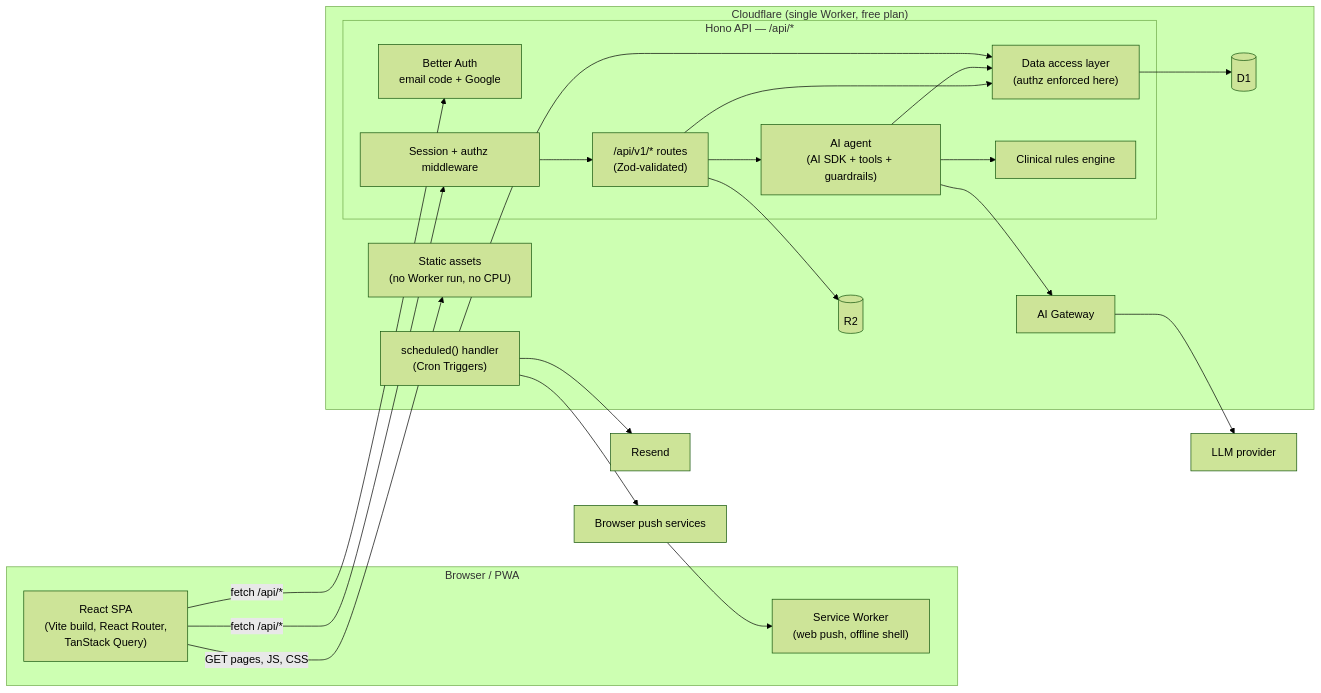
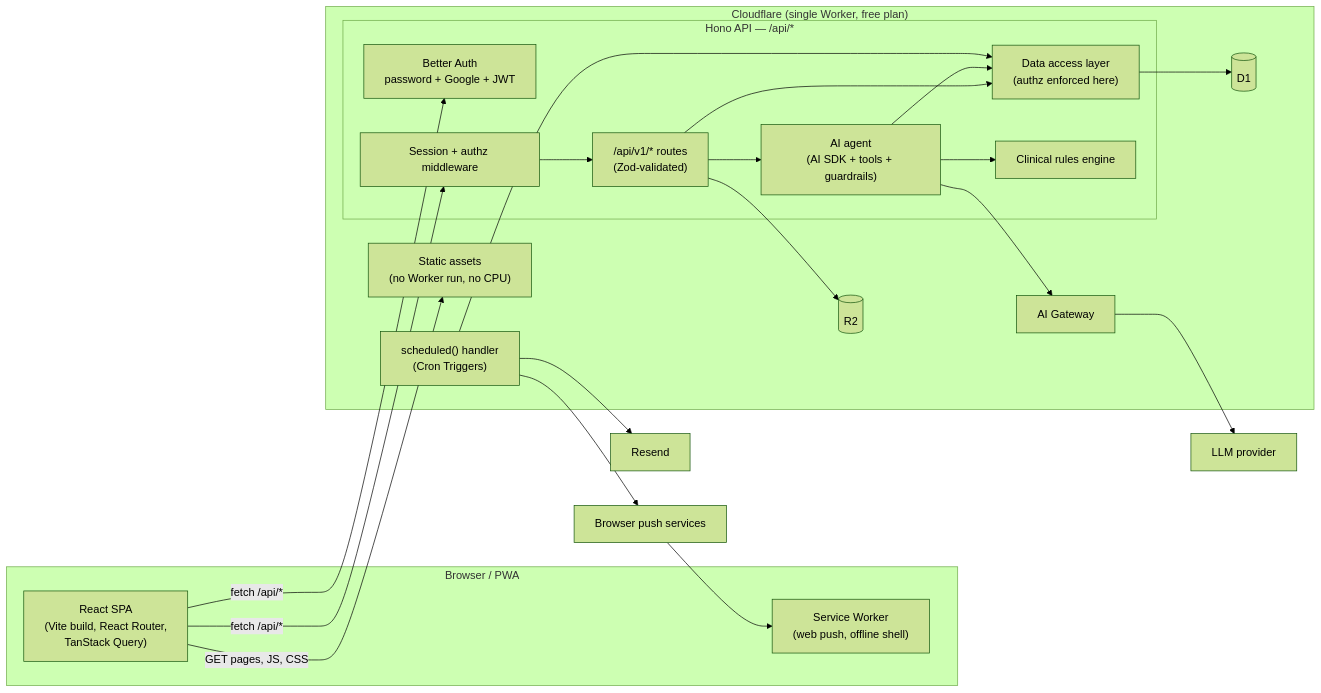
Before and after one commit to murtuza777/HealthCare.Ai: the diagram in docs/TECH_PLAN.md, drawn with Mermaid (forest theme). The commit also changed other lines of this file and 1 other file, not shown here.

Commit message:
docs: describe password auth, tokens and production secrets

````diff
--- a/docs/TECH_PLAN.md
+++ b/docs/TECH_PLAN.md
@@ -57,38 +57,38 @@
 ```mermaid
 flowchart LR
     subgraph Browser["Browser / PWA"]
         SPA["React SPA<br/>(Vite build, React Router,<br/>TanStack Query)"]
         SW["Service Worker<br/>(web push, offline shell)"]
     end
 
     subgraph CF["Cloudflare (single Worker, free plan)"]
         ASSETS["Static assets<br/>(no Worker run, no CPU)"]
         subgraph API["Hono API — /api/*"]
-            AUTH["Better Auth<br/>email code + Google"]
+            AUTH["Better Auth<br/>password + Google + JWT"]
             MW["Session + authz middleware"]
             ROUTES["/api/v1/* routes<br/>(Zod-validated)"]
             DAL["Data access layer<br/>(authz enforced here)"]
             AGENT["AI agent<br/>(AI SDK + tools + guardrails)"]
             RULES["Clinical rules engine"]
         end
         CRON["scheduled() handler<br/>(Cron Triggers)"]
         D1[("D1")]
         R2[("R2")]
         GW["AI Gateway"]
     end
 
     LLM["LLM provider"]
     EMAIL["Resend"]
     PUSH["Browser push services"]
 
     SPA -->|"GET pages, JS, CSS"| ASSETS
     SPA -->|"fetch /api/*"| AUTH
     SPA -->|"fetch /api/*"| MW --> ROUTES --> DAL --> D1
     ROUTES --> R2
     ROUTES --> AGENT --> RULES
     AGENT --> DAL
     AGENT --> GW --> LLM
     CRON --> DAL
     CRON --> EMAIL
     CRON --> PUSH --> SW
 ```
````
